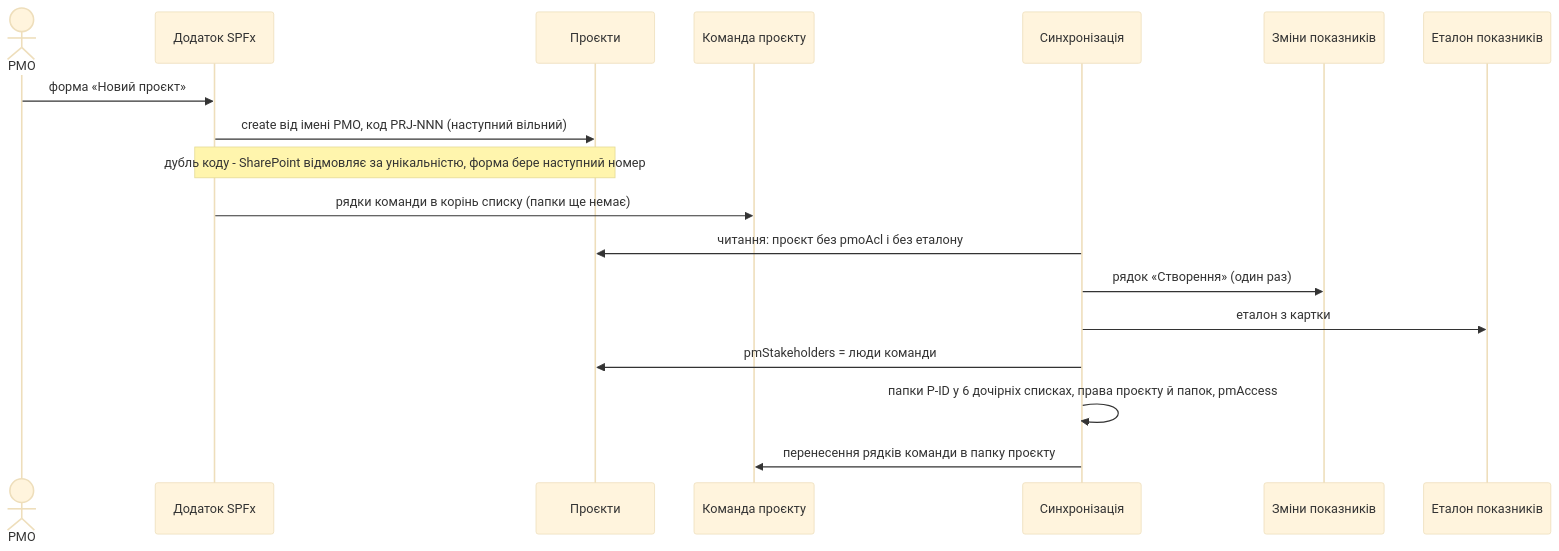
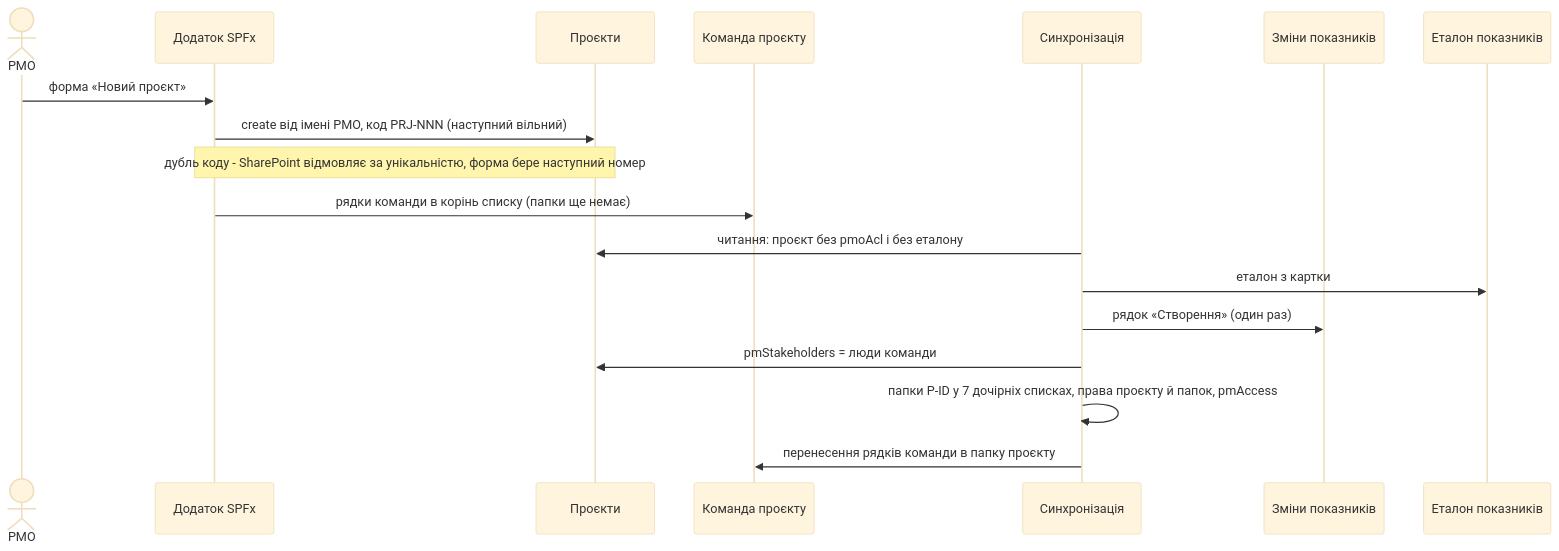
The second of 15 diagrams in docs/ARCHITECTURE.md (Acidsly/pmo-portal), drawn with Mermaid (base theme) before and after one commit. The commit also changed other lines of this file and 15 other files, not shown here.

Commit message:
Документация сверена с кодом: README, ARCHITECTURE (схемы), DATA-MODEL, SPEC, PROTOTYPE, DEPLOYMENT, команды, CLAUDE.md, spfx/README; «Усі призначення» по всем папкам; подсказка свежести 9–14

````diff
--- a/docs/ARCHITECTURE.md
+++ b/docs/ARCHITECTURE.md
@@ -86,20 +86,20 @@
 ```mermaid
 sequenceDiagram
     actor PMO
     participant App as Додаток SPFx
     participant P as Проєкти
     participant T as Команда проєкту
     participant S as Синхронізація
     participant J as Зміни показників
     participant E as Еталон показників
     PMO->>App: форма «Новий проєкт»
     App->>P: create від імені PMO, код PRJ-NNN (наступний вільний)
     Note over App,P: дубль коду - SharePoint відмовляє за унікальністю, форма бере наступний номер
     App->>T: рядки команди в корінь списку (папки ще немає)
     S->>P: читання: проєкт без pmoAcl і без еталону
+    S->>E: еталон з картки
     S->>J: рядок «Створення» (один раз)
-    S->>E: еталон з картки
     S->>P: pmStakeholders = люди команди
-    S->>S: папки P-ID у 6 дочірніх списках, права проєкту й папок, pmAccess
+    S->>S: папки P-ID у 7 дочірніх списках, права проєкту й папок, pmAccess
     S->>T: перенесення рядків команди в папку проєкту
 ```
````
